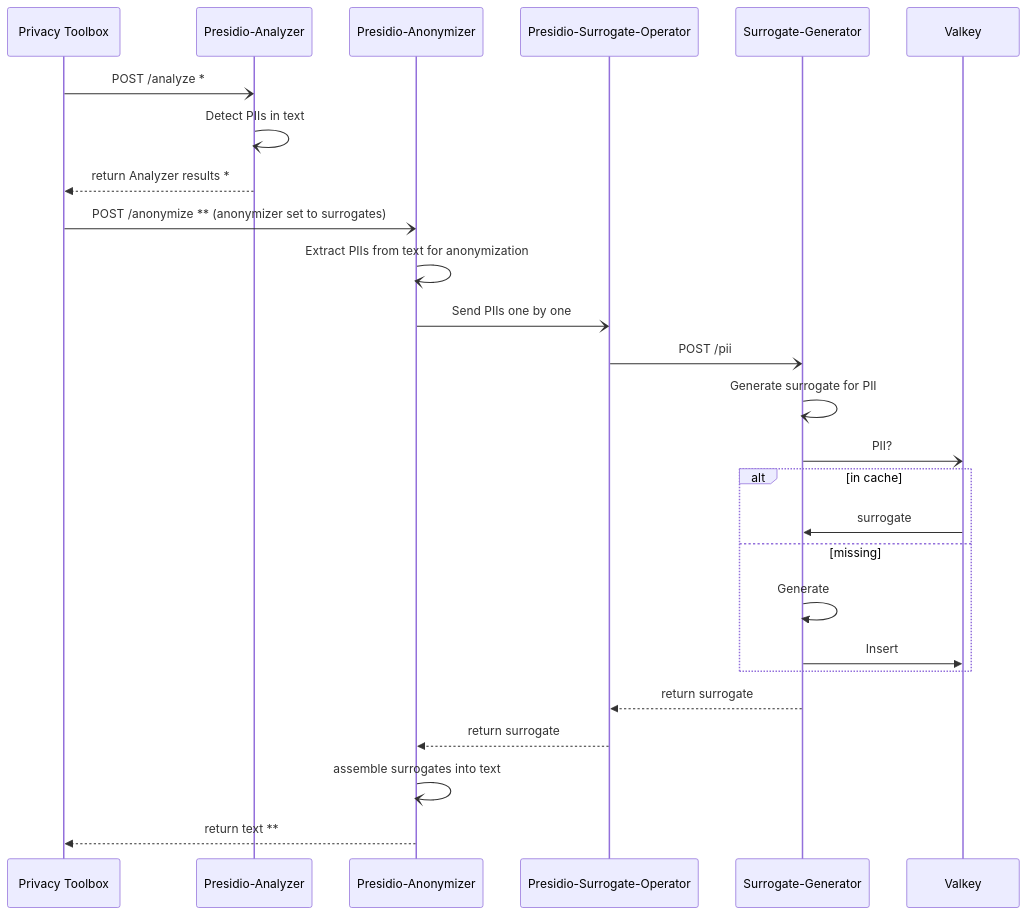
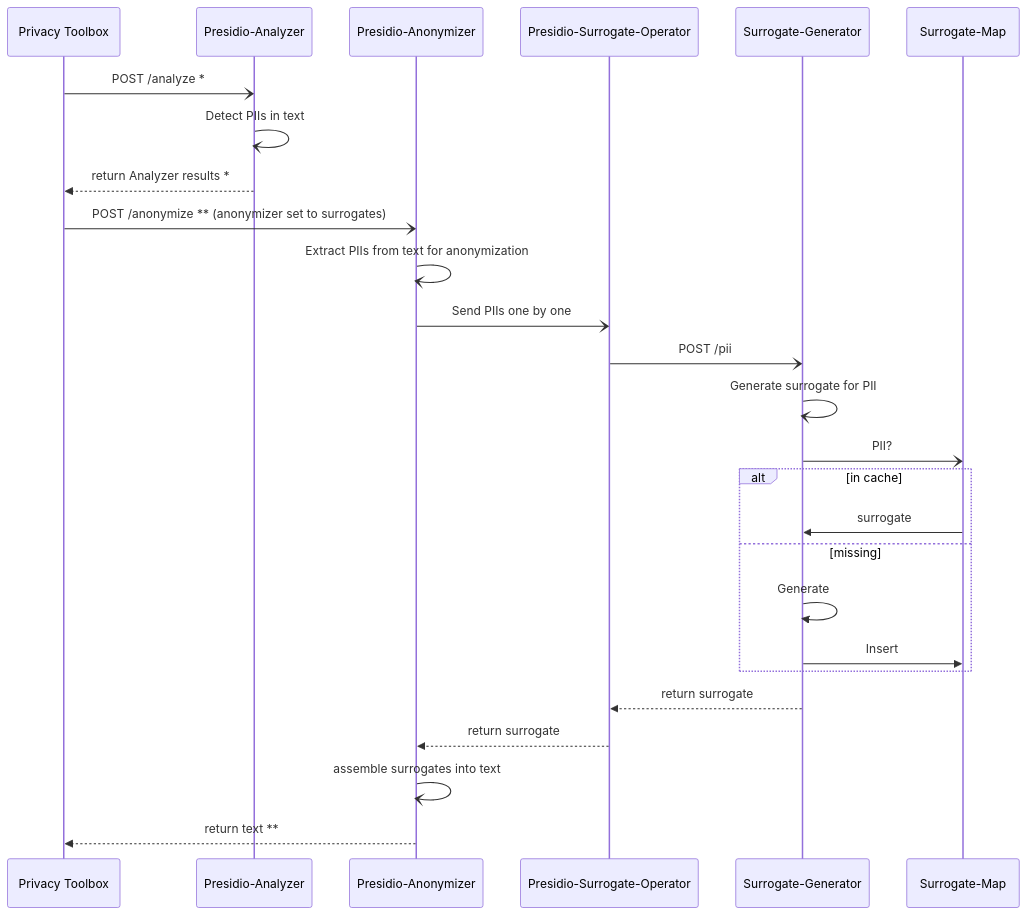
One commit to sdsc-ordes/deid-module changed the diagram in src/modules/surrogate/README.md. Above: the diagram before and after it, drawn with Mermaid. The commit also changed other lines of this file and 17 other files, not shown here.

First line of the commit message:
feat: example data and fixing charts for surrogate (#20)

````diff
--- a/src/modules/surrogate/README.md
+++ b/src/modules/surrogate/README.md
@@ -35,29 +37,29 @@
 ```mermaid
 sequenceDiagram
     participant PT as Privacy Toolbox
     participant An as Presidio-Analyzer
     participant Anon as Presidio-Anonymizer
     participant O as Presidio-Surrogate-Operator
     participant SG as Surrogate-Generator
-    participant VK as Valkey
+    participant SM as Surrogate-Map
 
     PT-)An: POST /analyze *
     An-)An: Detect PIIs in text
     An-->>PT: return Analyzer results *
     PT-)Anon: POST /anonymize ** (anonymizer set to surrogates)
     Anon-)Anon: Extract PIIs from text for anonymization
     Anon-)O: Send PIIs one by one
     O-)SG: POST /pii
     SG-)SG: Generate surrogate for PII
-    SG-)VK: PII?
+    SG-)SM: PII?
     alt in cache
-        VK->>SG: surrogate
+        SM->>SG: surrogate
     else missing
         SG->>SG: Generate
-        SG->>VK: Insert
+        SG->>SM: Insert
     end
     SG-->>O: return surrogate
     O-->>Anon: return surrogate
     Anon-)Anon: assemble surrogates into text
     Anon-->>PT: return text **
 ```
````
